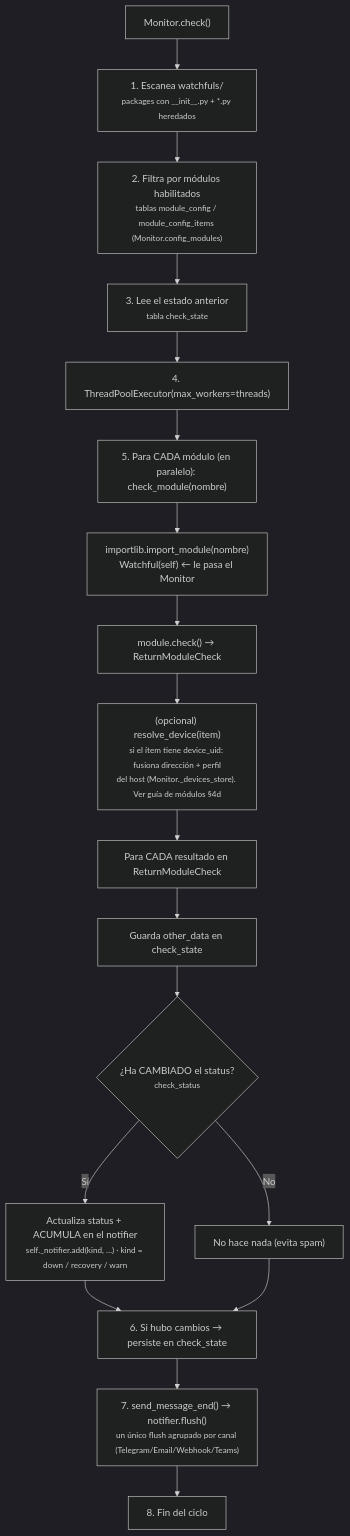
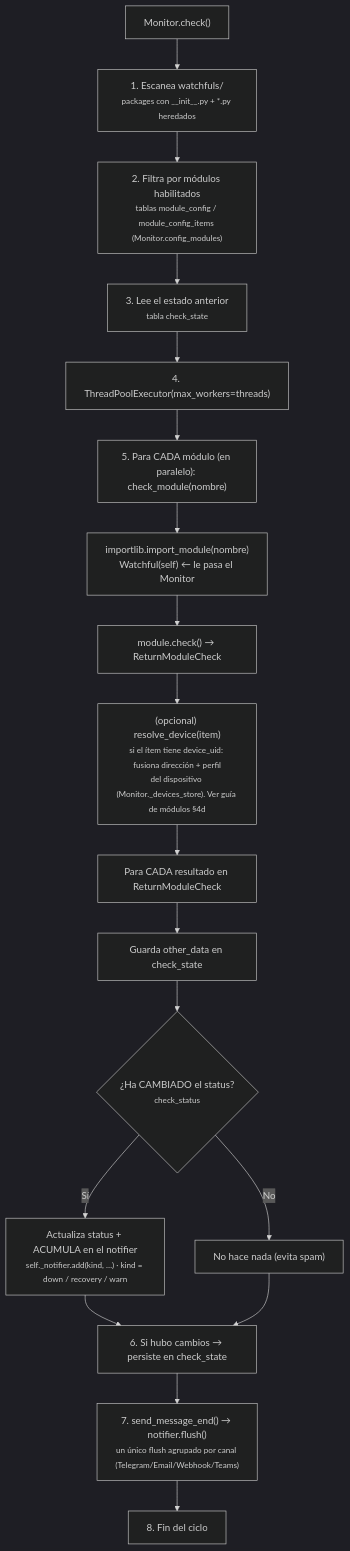
The fourth of 6 diagrams in docs/explica-arquitectura.md (vsc55/ServiceSentry), drawn with Mermaid (dark theme) before and after one commit. The commit also changed other lines of this file and 314 other files, not shown here.

````diff
--- a/docs/explica-arquitectura.md
+++ b/docs/explica-arquitectura.md
@@ -452,25 +452,25 @@
 ```mermaid
 flowchart TD
     start["Monitor.check()"]
     scan["1. Escanea watchfuls/<br/><small>packages con __init__.py + *.py heredados</small>"]
     filter["2. Filtra por módulos habilitados<br/><small>tablas module_config / module_config_items (Monitor.config_modules)</small>"]
     prev["3. Lee el estado anterior<br/><small>tabla check_state</small>"]
     pool["4. ThreadPoolExecutor(max_workers=threads)"]
     start --> scan --> filter --> prev --> pool
 
     pool --> mod["5. Para CADA módulo (en paralelo): check_module(nombre)"]
     mod --> imp["importlib.import_module(nombre)<br/>Watchful(self) ← le pasa el Monitor"]
     imp --> chk["module.check() → ReturnModuleCheck"]
-    chk --> host["(opcional) resolve_device(item)<br/><small>si el ítem tiene device_uid: fusiona dirección + perfil<br/>del host (Monitor._devices_store). Ver guía de módulos §4d</small>"]
+    chk --> host["(opcional) resolve_device(item)<br/><small>si el ítem tiene device_uid: fusiona dirección + perfil<br/>del dispositivo (Monitor._devices_store). Ver guía de módulos §4d</small>"]
 
     host --> each["Para CADA resultado en ReturnModuleCheck"]
     each --> save["Guarda other_data en check_state"]
     save --> changed{"¿Ha CAMBIADO el status?<br/><small>check_status</small>"}
     changed -->|Sí| upd["Actualiza status + ACUMULA en el notifier<br/><small>self._notifier.add(kind, …) · kind = down / recovery / warn</small>"]
     changed -->|No| noop["No hace nada (evita spam)"]
 
     upd --> persist["6. Si hubo cambios → persiste en check_state"]
     noop --> persist
     persist --> summary["7. send_message_end() → notifier.flush()<br/><small>un único flush agrupado por canal (Telegram/Email/Webhook/Teams)</small>"]
     summary --> done["8. Fin del ciclo"]
 ```
````
